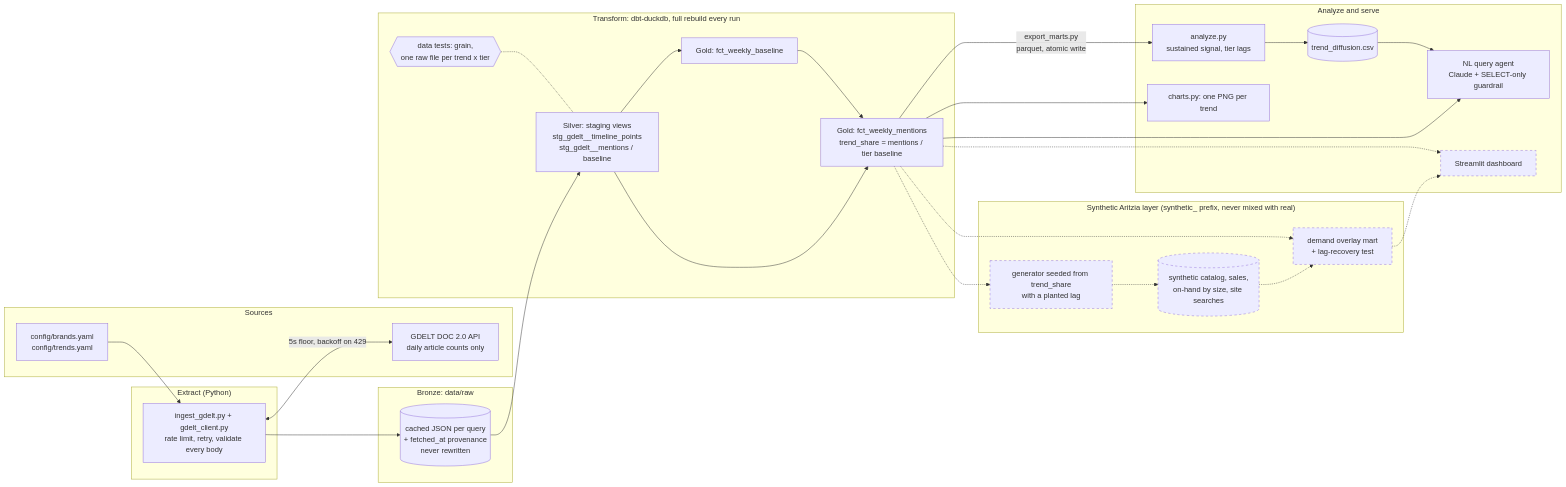
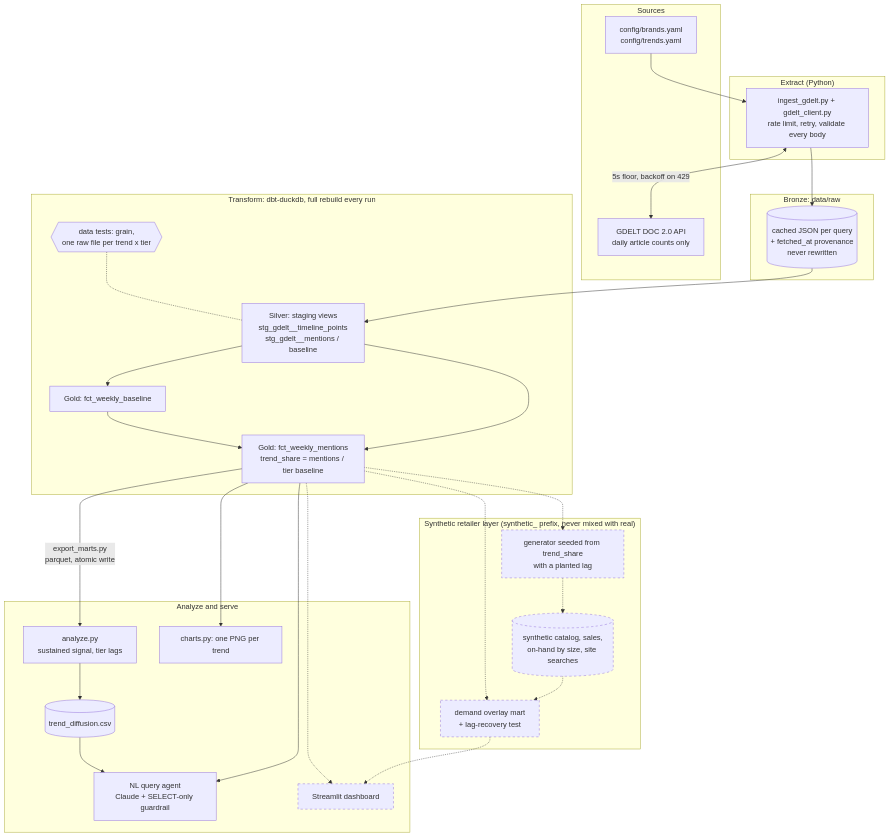
The diagram in README.md (snehamondal-data/fashion-trend-engine), drawn with Mermaid before and after one commit. The commit also changed other lines of this file, not shown here.

Commit message:
Stack architecture diagram vertically; keep synthetic retailer generic
The LR layout rendered too wide to read on GitHub without zooming.

````diff
--- a/README.md
+++ b/README.md
@@ -12,59 +12,59 @@
 ```mermaid
-flowchart LR
+flowchart TB
     subgraph SRC["Sources"]
         G["GDELT DOC 2.0 API<br/>daily article counts only"]
         CFG["config/brands.yaml<br/>config/trends.yaml"]
     end
 
     subgraph EXT["Extract (Python)"]
         I["ingest_gdelt.py + gdelt_client.py<br/>rate limit, retry, validate every body"]
     end
 
     subgraph BRONZE["Bronze: data/raw"]
         R[("cached JSON per query<br/>+ fetched_at provenance<br/>never rewritten")]
     end
 
     subgraph DBT["Transform: dbt-duckdb, full rebuild every run"]
         S["Silver: staging views<br/>stg_gdelt__timeline_points<br/>stg_gdelt__mentions / baseline"]
         WB["Gold: fct_weekly_baseline"]
         WM["Gold: fct_weekly_mentions<br/>trend_share = mentions / tier baseline"]
         Q{{"data tests: grain,<br/>one raw file per trend x tier"}}
     end
 
     subgraph SERVE["Analyze and serve"]
         A["analyze.py<br/>sustained signal, tier lags"]
         CSV[("trend_diffusion.csv")]
         CH["charts.py: one PNG per trend"]
         AG["NL query agent<br/>Claude + SELECT-only guardrail"]
         DASH["Streamlit dashboard"]
     end
 
-    subgraph SYN["Synthetic Aritzia layer (synthetic_ prefix, never mixed with real)"]
+    subgraph SYN["Synthetic retailer layer (synthetic_ prefix, never mixed with real)"]
         GEN["generator seeded from trend_share<br/>with a planted lag"]
         SD[("synthetic catalog, sales,<br/>on-hand by size, site searches")]
         OV["demand overlay mart<br/>+ lag-recovery test"]
     end
 
     CFG --> I
     I <-->|"5s floor, backoff on 429"| G
     I --> R
     R --> S
     S --> WB
     S --> WM
     WB --> WM
     Q -.- S
     WM -->|"export_marts.py<br/>parquet, atomic write"| A
     A --> CSV
     WM --> CH
     WM --> AG
     CSV --> AG
     WM -.-> GEN
     GEN -.-> SD
     SD -.-> OV
     WM -.-> OV
     OV -.-> DASH
     WM -.-> DASH
 
     classDef planned stroke-dasharray: 5 5
     class GEN,SD,OV,DASH planned
 ```
````
